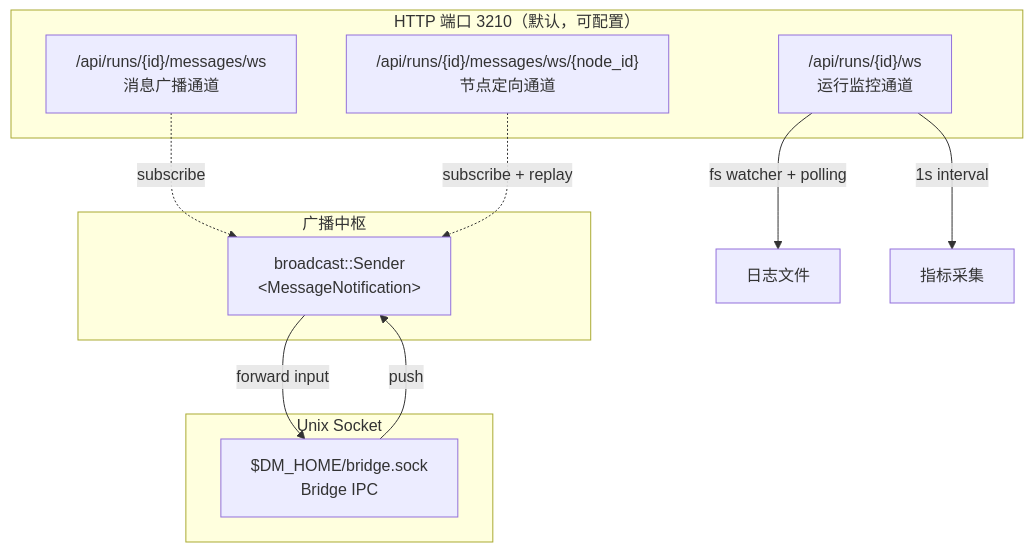
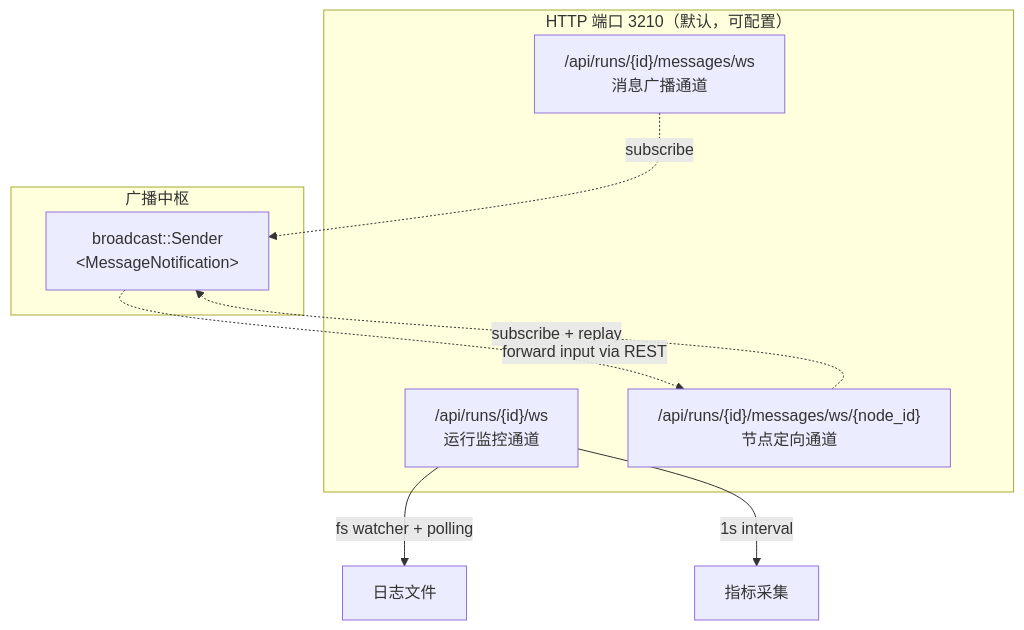
One commit to l1veIn/dora-manager changed the second of 2 diagrams in wiki/zh/15-http-api.md. Above: the diagram before and after it, drawn with Mermaid. The commit also changed other lines of this file and 29 other files, not shown here.

First line of the commit message:
docs: remove bridge references from wiki, update for SDK architecture

````diff
--- a/wiki/zh/15-http-api.md
+++ b/wiki/zh/15-http-api.md
@@ -204,24 +204,19 @@
 ```mermaid
 graph TB
     subgraph "HTTP 端口 3210（默认，可配置）"
         WS_Run["/api/runs/{id}/ws<br/>运行监控通道"]
         WS_Msg["/api/runs/{id}/messages/ws<br/>消息广播通道"]
         WS_Node["/api/runs/{id}/messages/ws/{node_id}<br/>节点定向通道"]
     end
     
-    subgraph "Unix Socket"
-        Bridge["$DM_HOME/bridge.sock<br/>Bridge IPC"]
-    end
-    
     subgraph "广播中枢"
         BC["broadcast::Sender<br/>&lt;MessageNotification&gt;"]
     end
     
     WS_Msg -.->|subscribe| BC
     WS_Node -.->|subscribe + replay| BC
-    Bridge -->|push| BC
-    BC -->|forward input| Bridge
+    BC -.->|forward input via REST| WS_Node
     
     WS_Run -->|fs watcher + polling| Logs["日志文件"]
     WS_Run -->|1s interval| Metrics["指标采集"]
 ```
````
